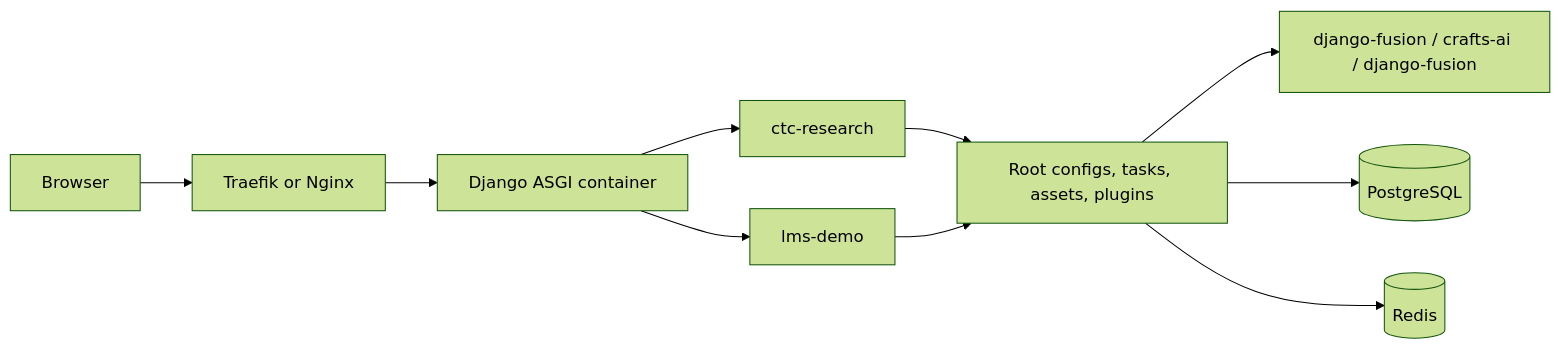
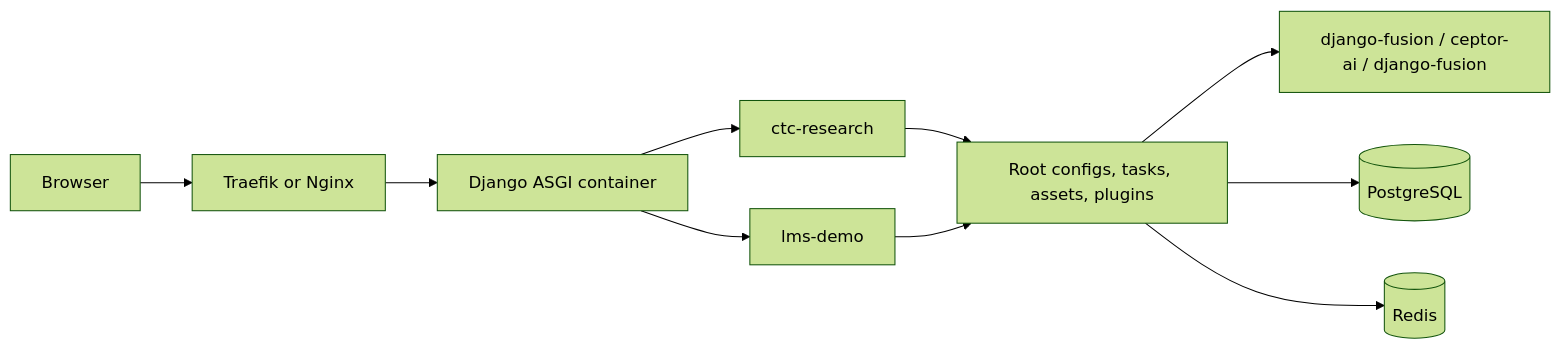
The diagram in docs/architecture/index.md (mammhoud/django-fusion), drawn with Mermaid (forest theme) before and after one commit. The commit also changed 231 other files, not shown here.

````diff
--- a/docs/architecture/index.md
+++ b/docs/architecture/index.md
@@ -16,12 +16,12 @@
 ```mermaid
 flowchart LR
     User[Browser] --> Proxy[Traefik or Nginx]
     Proxy --> App[Django ASGI container]
     App --> SiteA[ctc-research]
     App --> SiteB[lms-demo]
     SiteA --> Shared[Root configs, tasks, assets, plugins]
     SiteB --> Shared
-    Shared --> Libs[django-fusion / crafts-ai / django-fusion]
+    Shared --> Libs[django-fusion / ceptor-ai / django-fusion]
     Shared --> Postgres[(PostgreSQL)]
     Shared --> Redis[(Redis)]
 ```
````
